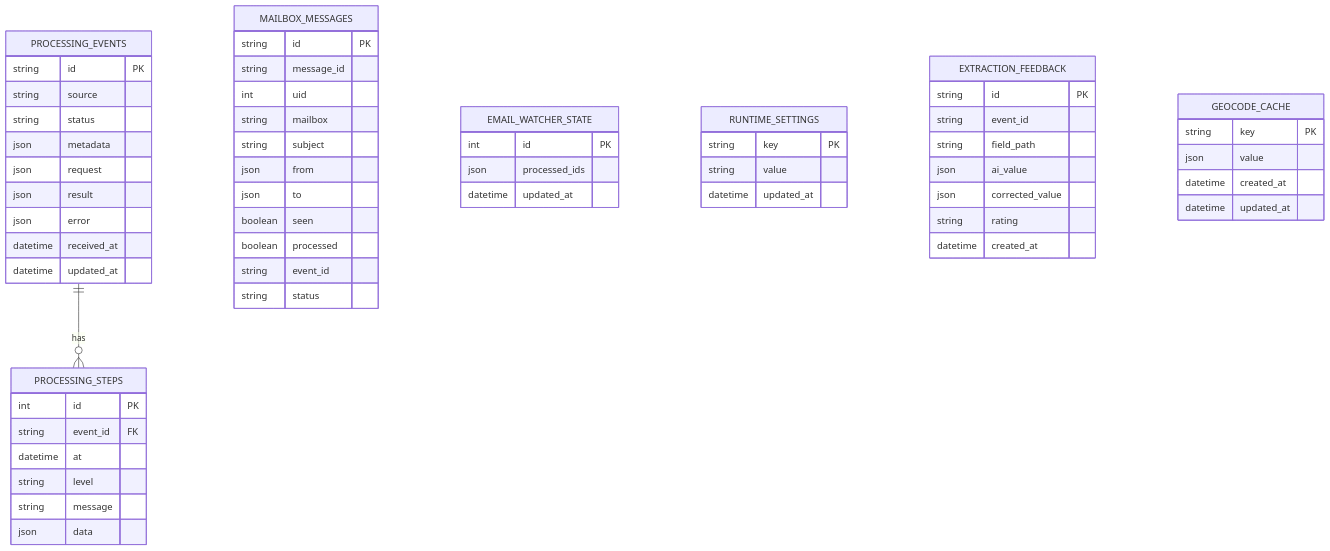
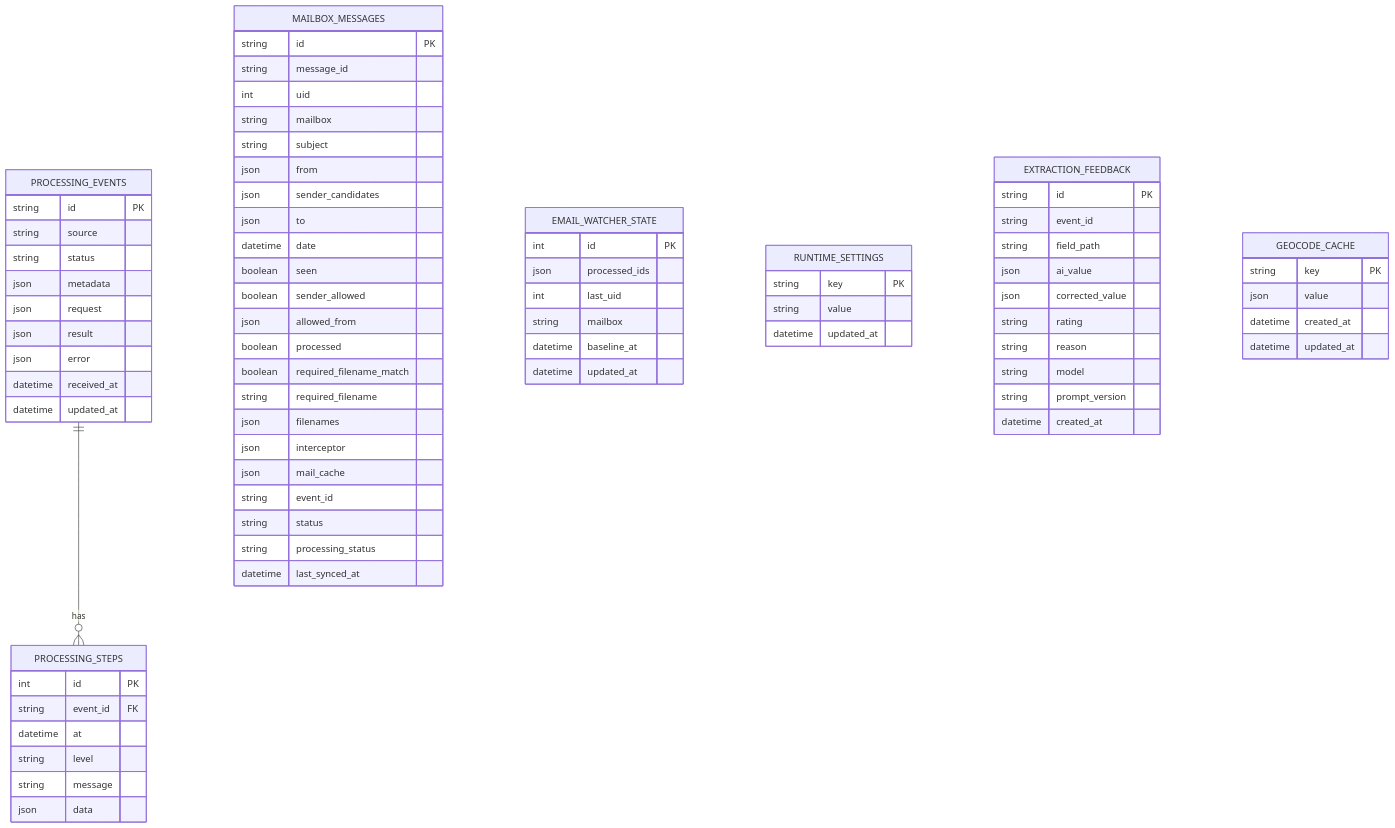
One commit to Seamus93/Astebook changed the diagram in docs/DB_SCHEMA.md. Above: the diagram before and after it, drawn with Mermaid. The commit also changed other lines of this file and 19 other files, not shown here.

```diff
--- a/docs/DB_SCHEMA.md
+++ b/docs/DB_SCHEMA.md
@@ -60,16 +77,30 @@
     string mailbox
     string subject
     json from
+    json sender_candidates
     json to
+    datetime date
     boolean seen
+    boolean sender_allowed
+    json allowed_from
     boolean processed
+    boolean required_filename_match
+    string required_filename
+    json filenames
+    json interceptor
+    json mail_cache
     string event_id
     string status
+    string processing_status
+    datetime last_synced_at
   }
 
   EMAIL_WATCHER_STATE {
     int id PK
     json processed_ids
+    int last_uid
+    string mailbox
+    datetime baseline_at
     datetime updated_at
   }
 
@@ -86,6 +117,9 @@
     json ai_value
     json corrected_value
     string rating
+    string reason
+    string model
+    string prompt_version
     datetime created_at
   }
 
```
